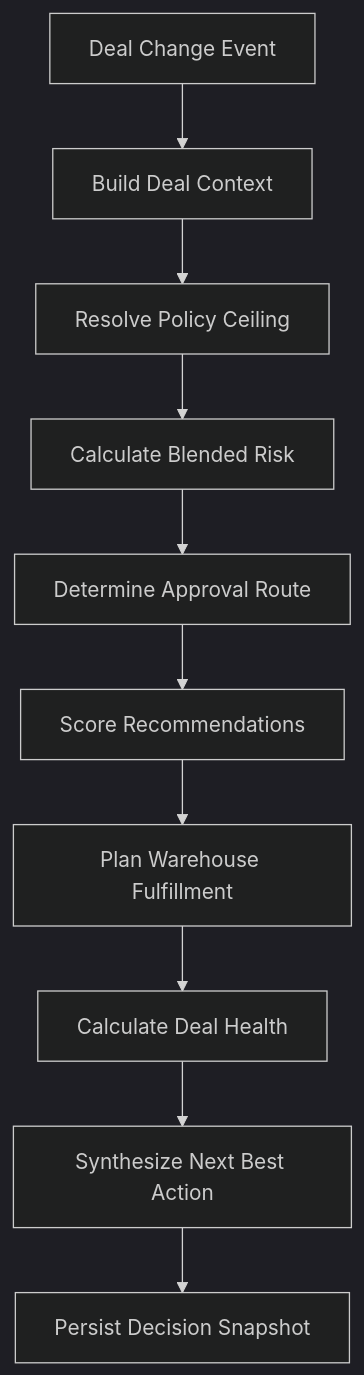
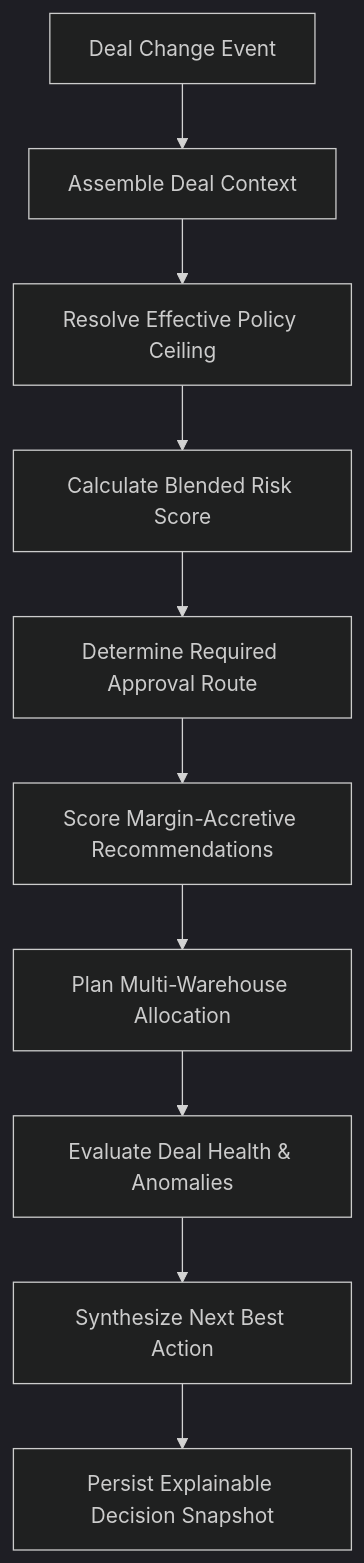
One commit to saranraj1/odoo-prototype--Team-421 changed the first of 2 diagrams in README.md. Above: the diagram before and after it, drawn with Mermaid (dark theme). The commit also changed other lines of this file, not shown here.

````diff
--- a/README.md
+++ b/README.md
@@ -72,12 +76,12 @@
 ```mermaid
 flowchart TD
-    Change[Deal Change Event] --> Context[Build Deal Context]
-    Context --> Policy[Resolve Policy Ceiling]
-    Policy --> Risk[Calculate Blended Risk]
-    Risk --> Approval[Determine Approval Route]
-    Approval --> Rec[Score Recommendations]
-    Rec --> Fulfill[Plan Warehouse Fulfillment]
-    Fulfill --> Health[Calculate Deal Health]
+    Change[Deal Change Event] --> Context[Assemble Deal Context]
+    Context --> Policy[Resolve Effective Policy Ceiling]
+    Policy --> Risk[Calculate Blended Risk Score]
+    Risk --> Approval[Determine Required Approval Route]
+    Approval --> Rec[Score Margin-Accretive Recommendations]
+    Rec --> Fulfill[Plan Multi-Warehouse Allocation]
+    Fulfill --> Health[Evaluate Deal Health & Anomalies]
     Health --> NBA[Synthesize Next Best Action]
-    NBA --> Snapshot[Persist Decision Snapshot]
+    NBA --> Snapshot[Persist Explainable Decision Snapshot]
 ```
````
